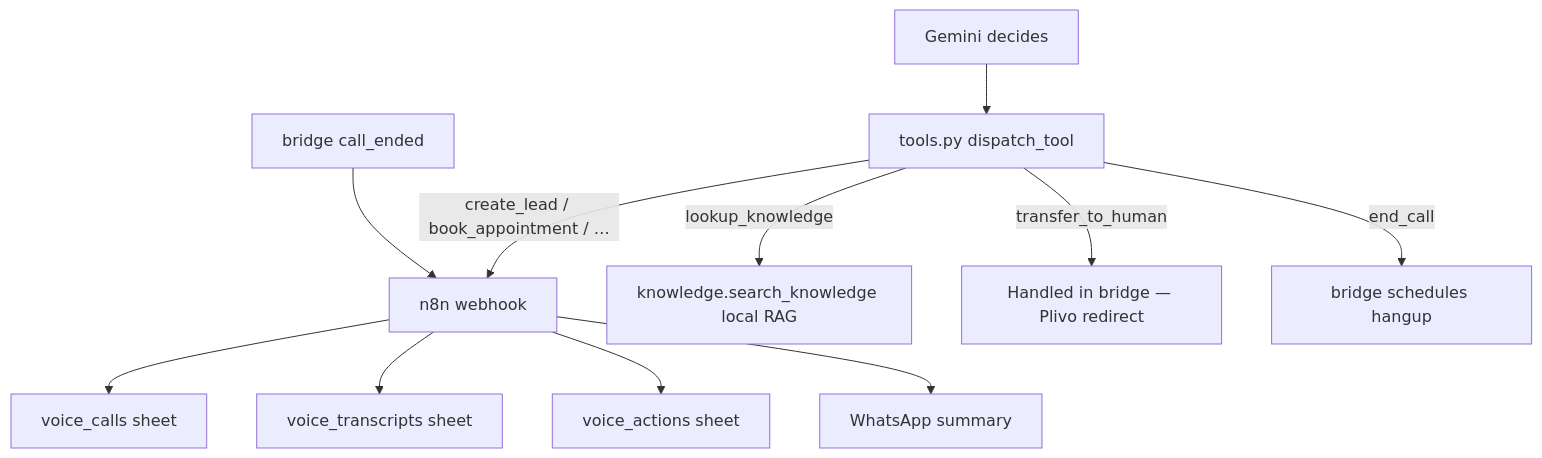
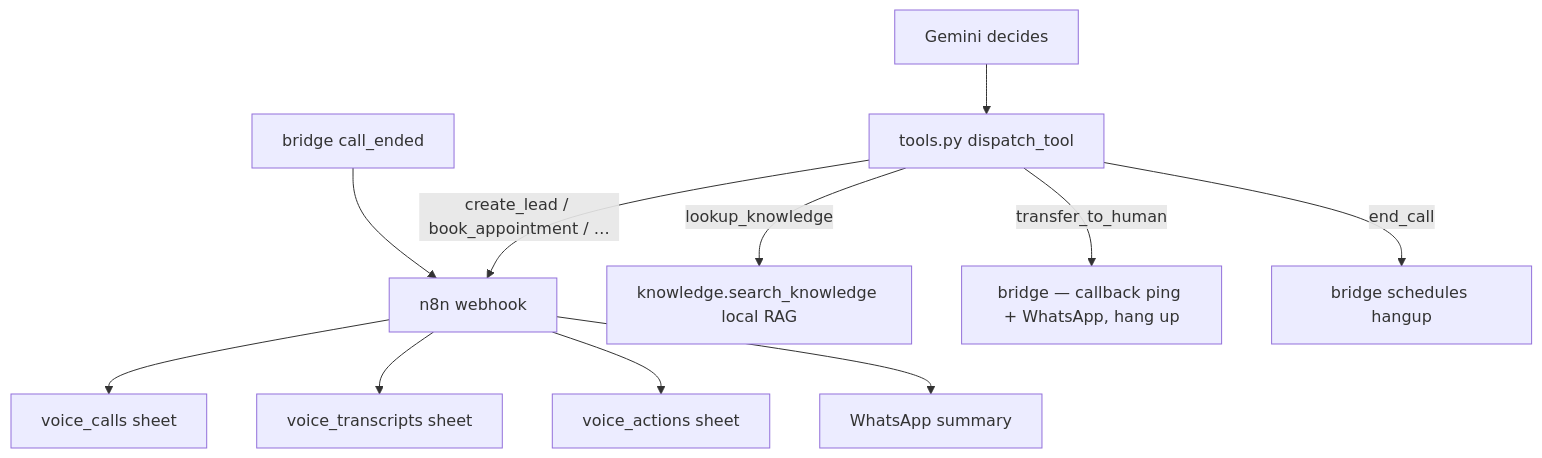
One commit to ashwaniSahu273/Normal_Calling_AI_Voice_Agent changed the ninth of 9 diagrams in docs/FLOW.md. Above: the diagram before and after it, drawn with Mermaid. The commit also changed other lines of this file and 18 other files, not shown here.

````diff
--- a/docs/FLOW.md
+++ b/docs/FLOW.md
@@ -301,13 +308,13 @@
 ```mermaid
 flowchart TD
   G[Gemini decides] --> T[tools.py dispatch_tool]
   T -->|create_lead / book_appointment / …| N[n8n webhook]
   T -->|lookup_knowledge| K[knowledge.search_knowledge local RAG]
-  T -->|transfer_to_human| L[Handled in bridge — Plivo redirect]
+  T -->|transfer_to_human| L[bridge — callback ping + WhatsApp, hang up]
   T -->|end_call| H[bridge schedules hangup]
   B[bridge call_ended] --> N
   N --> S1[voice_calls sheet]
   N --> S2[voice_transcripts sheet]
   N --> S3[voice_actions sheet]
   N --> W[WhatsApp summary]
 ```
````
